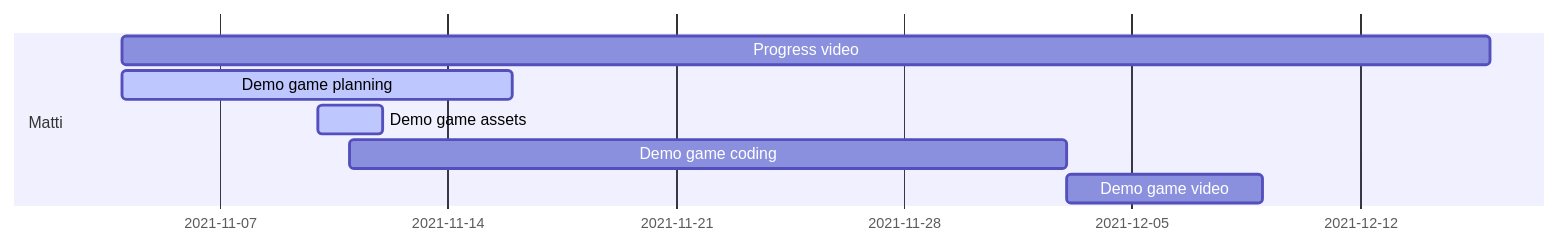
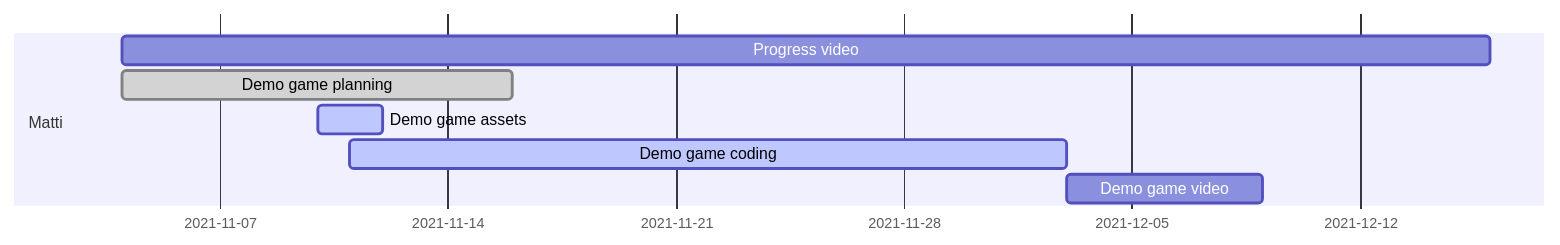
Before and after one commit to IlkkaTakala/Eril-Engine: the fourth of 7 diagrams in docs/ProjectPlan.md, drawn with Mermaid. The commit also changed other lines of this file, not shown here.

Commit message:
Updated timelines

````diff
--- a/docs/ProjectPlan.md
+++ b/docs/ProjectPlan.md
@@ -100,11 +101,11 @@
 ```mermaid
 gantt
 dateFormat  DD-MM
 
 section Matti
 Progress video          :         mdes2, 04-11, 16-12
-Demo game planning      :active,  mdes4, 04-11, 16-11
+Demo game planning      :done,    mdes4, 04-11, 16-11
 Demo game assets        :active,  mdes5, 10-11, 12-11
-Demo game coding        :         mdes6, 11-11, 03-12
+Demo game coding        :active,  mdes6, 11-11, 03-12
 Demo game video         :         mdes7, 03-12, 09-12
 ```
````
